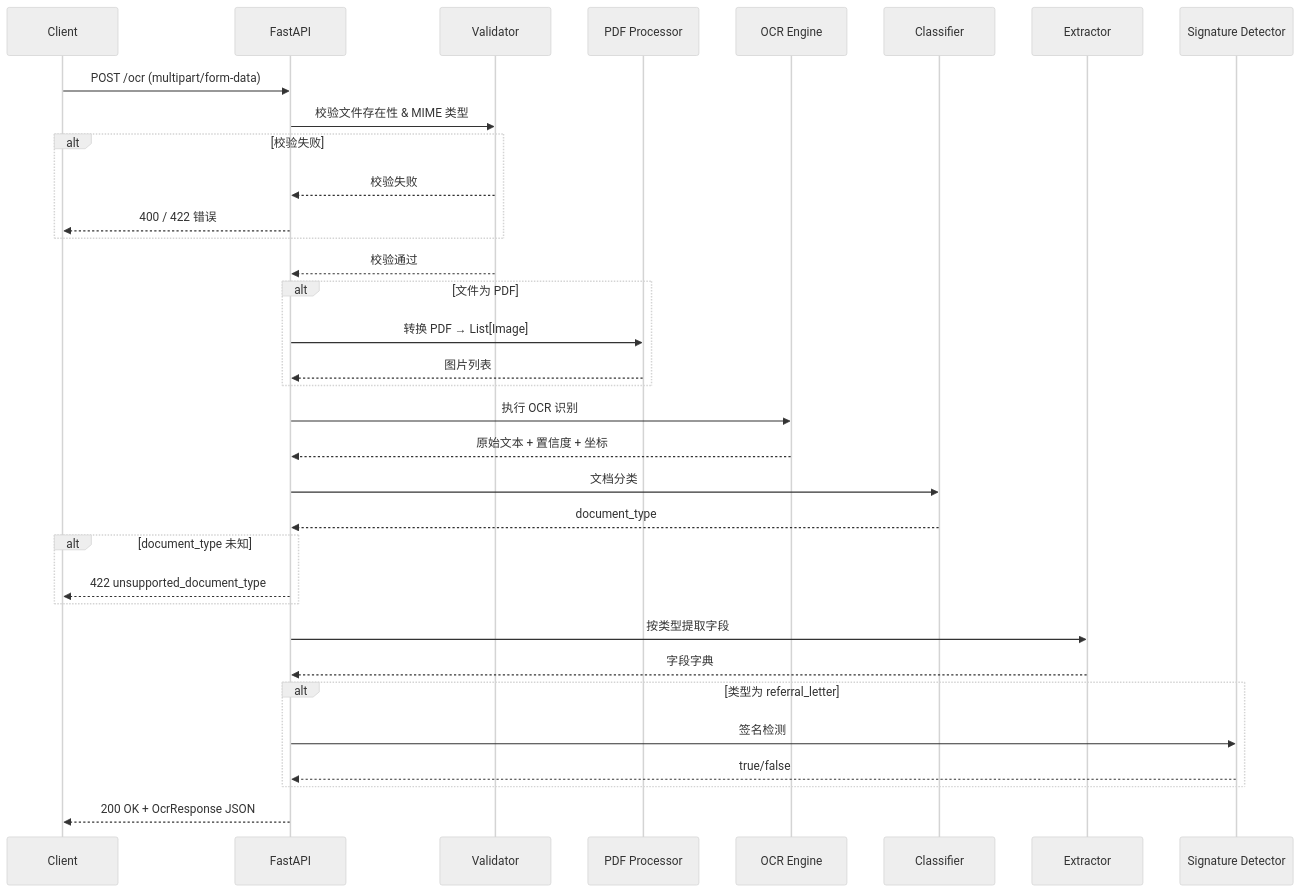
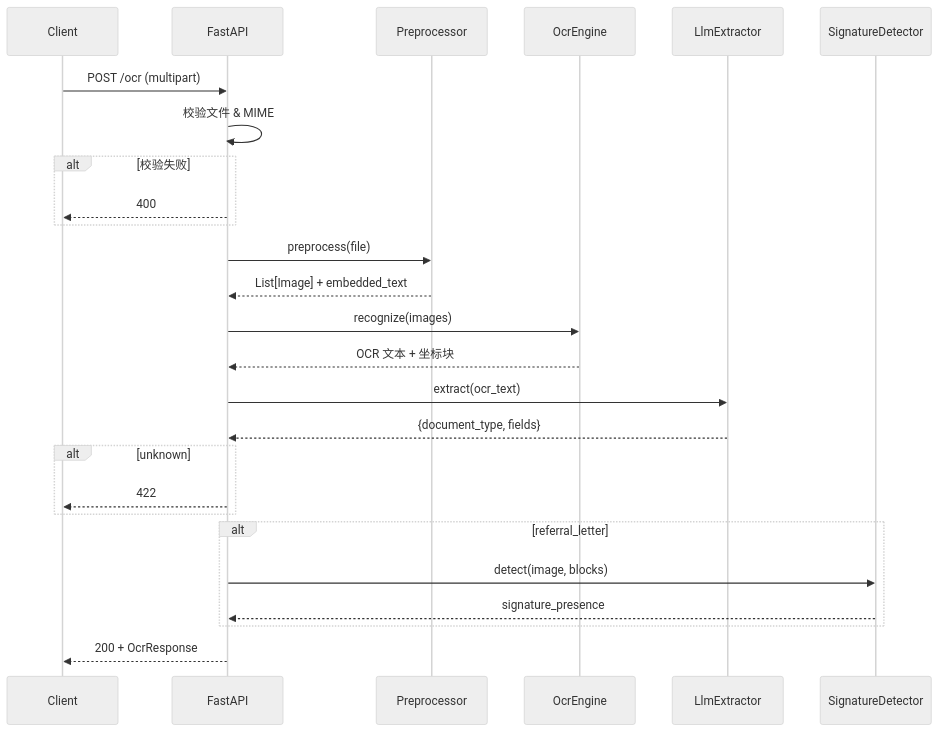
One commit to wpm-recs/medical-ocr-api changed the second of 2 diagrams in doc/开发文档.md. Above: the diagram before and after it, drawn with Mermaid (neutral theme). The commit also changed other lines of this file and 17 other files, not shown here.

````diff
--- a/doc/开发文档.md
+++ b/doc/开发文档.md
@@ -306,45 +235,34 @@
 ```mermaid
 sequenceDiagram
     participant C as Client
     participant API as FastAPI
-    participant V as Validator
-    participant PDF as PDF Processor
-    participant OCR as OCR Engine
-    participant CLS as Classifier
-    participant EXT as Extractor
-    participant SIG as Signature Detector
+    participant PRE as Preprocessor
+    participant OCR as OcrEngine
+    participant LLM as LlmExtractor
+    participant SIG as SignatureDetector
 
-    C->>API: POST /ocr (multipart/form-data)
-    API->>V: 校验文件存在性 & MIME 类型
-    
+    C->>API: POST /ocr (multipart)
+    API->>API: 校验文件 & MIME
+
     alt 校验失败
-        V-->>API: 校验失败
-        API-->>C: 400 / 422 错误
+        API-->>C: 400
     end
 
-    V-->>API: 校验通过
-    
-    alt 文件为 PDF
-        API->>PDF: 转换 PDF → List[Image]
-        PDF-->>API: 图片列表
+    API->>PRE: preprocess(file)
+    PRE-->>API: List[Image] + embedded_text
+    API->>OCR: recognize(images)
+    OCR-->>API: OCR 文本 + 坐标块
+    API->>LLM: extract(ocr_text)
+    LLM-->>API: {document_type, fields}
+
+    alt unknown
+        API-->>C: 422
     end
 
-    API->>OCR: 执行 OCR 识别
-    OCR-->>API: 原始文本 + 置信度 + 坐标
-    API->>CLS: 文档分类
-    CLS-->>API: document_type
-
-    alt document_type 未知
-        API-->>C: 422 unsupported_document_type
+    alt referral_letter
+        API->>SIG: detect(image, blocks)
+        SIG-->>API: signature_presence
     end
 
-    API->>EXT: 按类型提取字段
-    EXT-->>API: 字段字典
-
-    alt 类型为 referral_letter
-        API->>SIG: 签名检测
-        SIG-->>API: true/false
-    end
-
-    API-->>C: 200 OK + OcrResponse JSON
+    API-->>C: 200 + OcrResponse
 ```
````
